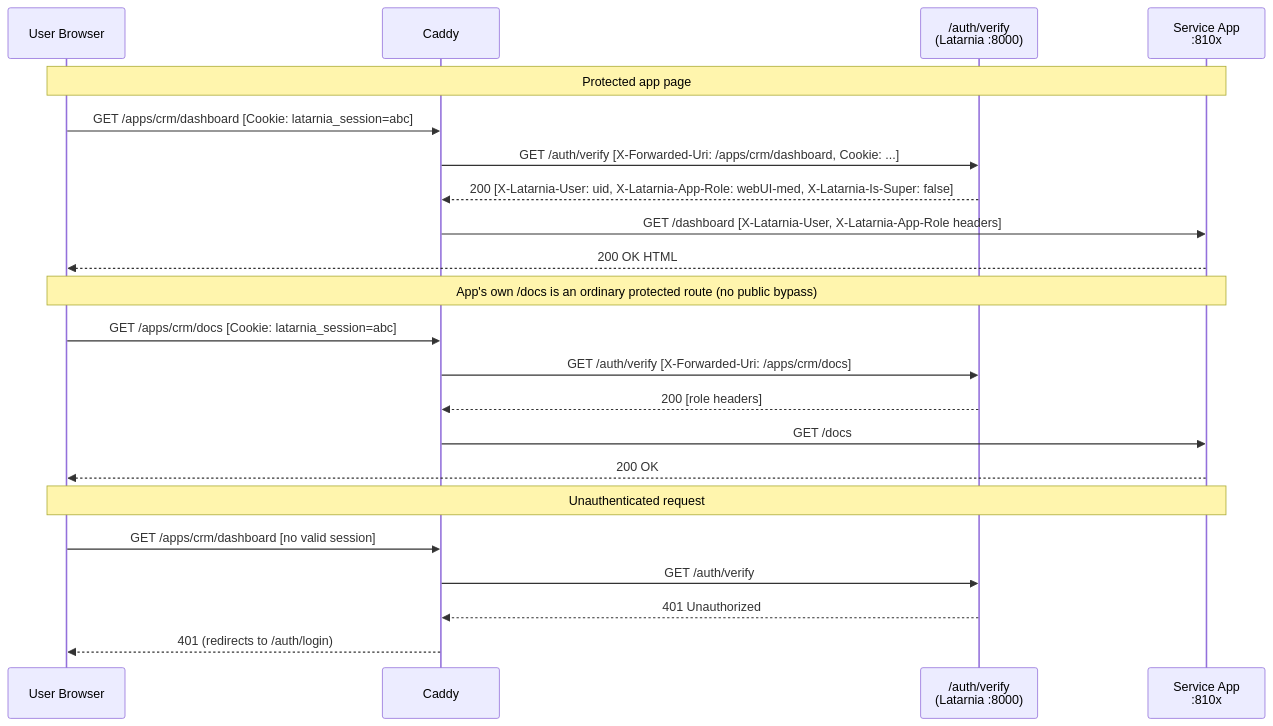
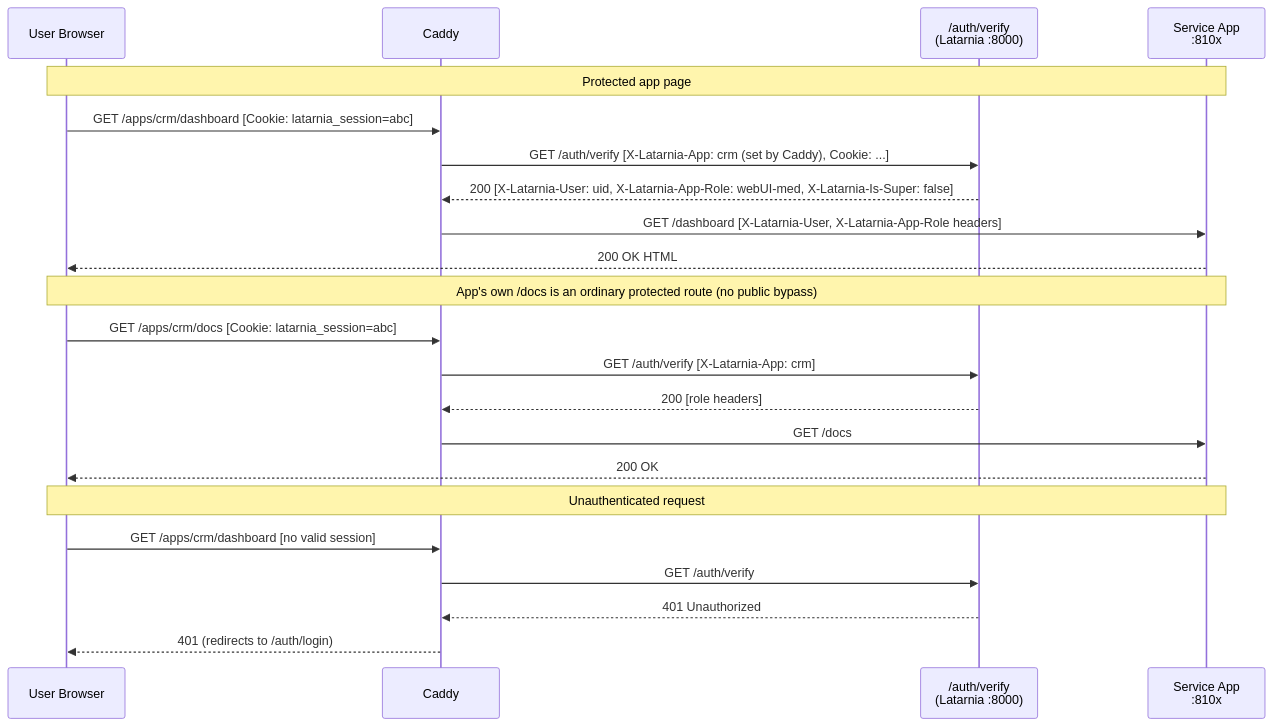
Before and after one commit to felipe-stanham/Latarnia: diagram 13 of 16 in docs/System/workflows.md, drawn with Mermaid. The commit also changed other lines of this file and 52 other files, not shown here.

First line of the commit message:
fix(auth): per-App authorization at ingress and UI API proxy (T-0023)

````diff
--- a/docs/System/workflows.md
+++ b/docs/System/workflows.md
@@ -509,30 +513,30 @@
 ```mermaid
 sequenceDiagram
     participant Browser as User Browser
     participant C as Caddy
     participant AV as /auth/verify<br/>(Latarnia :8000)
     participant App as Service App<br/>:810x
 
     Note over Browser,App: Protected app page
 
     Browser->>C: GET /apps/crm/dashboard [Cookie: latarnia_session=abc]
-    C->>AV: GET /auth/verify [X-Forwarded-Uri: /apps/crm/dashboard, Cookie: ...]
+    C->>AV: GET /auth/verify [X-Latarnia-App: crm (set by Caddy), Cookie: ...]
     AV-->>C: 200 [X-Latarnia-User: uid, X-Latarnia-App-Role: webUI-med, X-Latarnia-Is-Super: false]
     C->>App: GET /dashboard [X-Latarnia-User, X-Latarnia-App-Role headers]
     App-->>Browser: 200 OK HTML
 
     Note over Browser,App: App's own /docs is an ordinary protected route (no public bypass)
 
     Browser->>C: GET /apps/crm/docs [Cookie: latarnia_session=abc]
-    C->>AV: GET /auth/verify [X-Forwarded-Uri: /apps/crm/docs]
+    C->>AV: GET /auth/verify [X-Latarnia-App: crm]
     AV-->>C: 200 [role headers]
     C->>App: GET /docs
     App-->>Browser: 200 OK
 
     Note over Browser,App: Unauthenticated request
 
     Browser->>C: GET /apps/crm/dashboard [no valid session]
     C->>AV: GET /auth/verify
     AV-->>C: 401 Unauthorized
     C-->>Browser: 401 (redirects to /auth/login)
 ```
````
